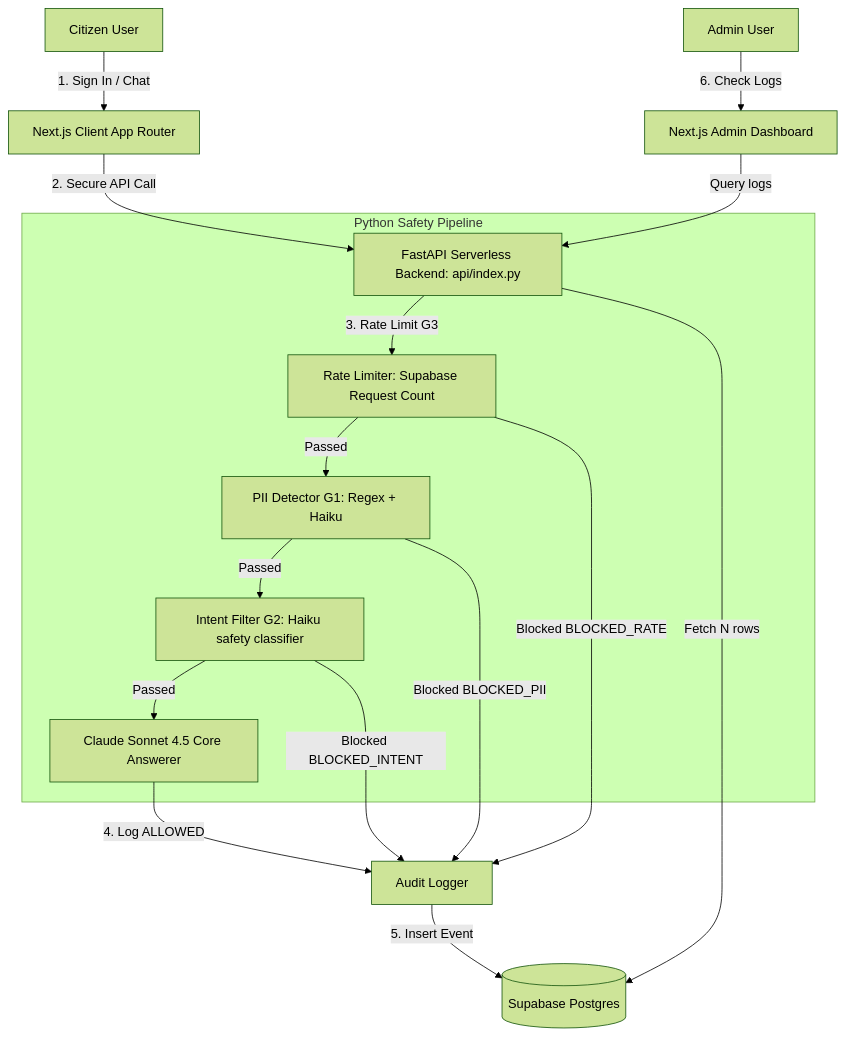
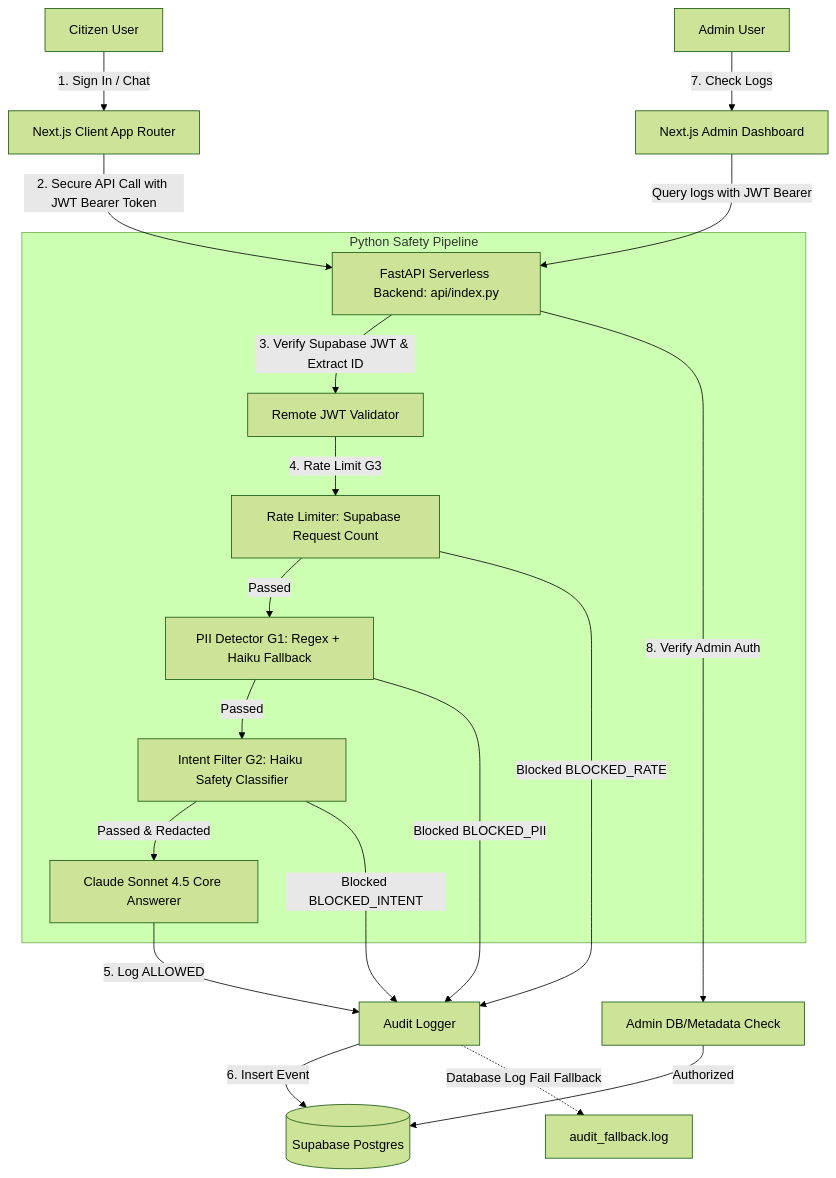
Before and after one commit to mayank14112006/poc-2: the diagram in README.md, drawn with Mermaid (forest theme). The commit also changed other lines of this file and 11 other files, not shown here.

Commit message:
Implement secure token validation, database-based admin authorization, PII redaction prior to logging, fail-closed safety guardrails, and comprehensive test suite

````diff
--- a/README.md
+++ b/README.md
@@ -20,23 +17,26 @@
 ```mermaid
 graph TD
     User[Citizen User] -->|1. Sign In / Chat| Frontend[Next.js Client App Router]
-    Frontend -->|2. Secure API Call| API[FastAPI Serverless Backend: api/index.py]
+    Frontend -->|2. Secure API Call with JWT Bearer Token| API[FastAPI Serverless Backend: api/index.py]
     
     subgraph Python Safety Pipeline
-        API -->|3. Rate Limit G3| RL[Rate Limiter: Supabase Request Count]
-        RL -->|Passed| PII[PII Detector G1: Regex + Haiku]
-        PII -->|Passed| Intent[Intent Filter G2: Haiku safety classifier]
-        Intent -->|Passed| Claude[Claude Sonnet 4.5 Core Answerer]
+        API -->|3. Verify Supabase JWT & Extract ID| JWT[Remote JWT Validator]
+        JWT -->|4. Rate Limit G3| RL[Rate Limiter: Supabase Request Count]
+        RL -->|Passed| PII[PII Detector G1: Regex + Haiku Fallback]
+        PII -->|Passed| Intent[Intent Filter G2: Haiku Safety Classifier]
+        Intent -->|Passed & Redacted| Claude[Claude Sonnet 4.5 Core Answerer]
     end
 
-    Claude -->|4. Log ALLOWED| Logger[Audit Logger]
+    Claude -->|5. Log ALLOWED| Logger[Audit Logger]
     RL -->|Blocked BLOCKED_RATE| Logger
     PII -->|Blocked BLOCKED_PII| Logger
     Intent -->|Blocked BLOCKED_INTENT| Logger
     
-    Logger -->|5. Insert Event| DB[(Supabase Postgres)]
+    Logger -->|6. Insert Event| DB[(Supabase Postgres)]
+    Logger -.->|Database Log Fail Fallback| LocalLog[audit_fallback.log]
     
-    Admin[Admin User] -->|6. Check Logs| AdminView[Next.js Admin Dashboard]
-    AdminView -->|Query logs| API
-    API -->|Fetch N rows| DB
+    Admin[Admin User] -->|7. Check Logs| AdminView[Next.js Admin Dashboard]
+    AdminView -->|Query logs with JWT Bearer| API
+    API -->|8. Verify Admin Auth| AdminAuth[Admin DB/Metadata Check]
+    AdminAuth -->|Authorized| DB
 ```
````
